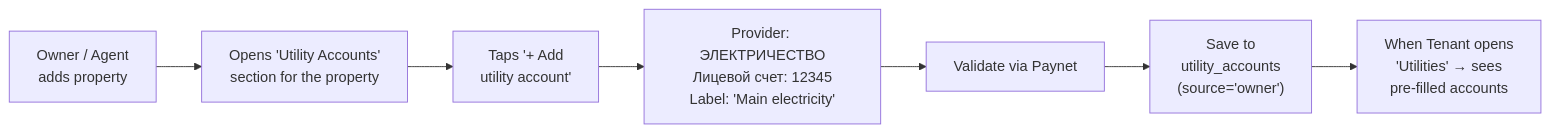
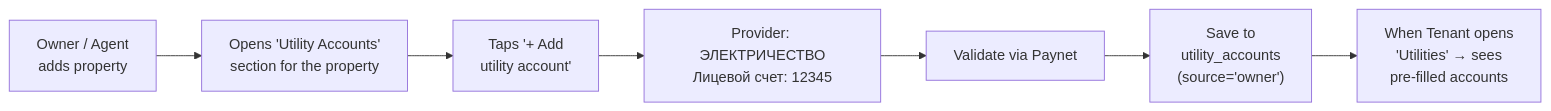
The eighth of 9 diagrams in utilities-payment-userflow.md (saodatm-dev/Utilities---Informational-Architecture), drawn with Mermaid before and after one commit. The commit also changed other lines of this file and 1 other file, not shown here.

Commit message:
refactor: Localize utility names to Uzbek, consolidate feature tiers, remove payment service integration, and refine payment flow details.

````diff
--- a/utilities-payment-userflow.md
+++ b/utilities-payment-userflow.md
@@ -261,12 +261,12 @@
 ```mermaid
 flowchart LR
     OWNER["Owner / Agent<br/>adds property"] --> SECTION["Opens 'Utility Accounts'<br/>section for the property"]
 
     SECTION --> ADD["Taps '+ Add<br/>utility account'"]
-    ADD --> FILL["Provider: ЭЛЕКТРИЧЕСТВО<br/>Лицевой счет: 12345<br/>Label: 'Main electricity'"]
+    ADD --> FILL["Provider: ЭЛЕКТРИЧЕСТВО<br/>Лицевой счет: 12345"]
     FILL --> VALIDATE["Validate via Paynet"]
     VALIDATE --> SAVE["Save to<br/>utility_accounts<br/>(source='owner')"]
 
     SAVE --> TENANT_VIEW["When Tenant opens<br/>'Utilities' → sees<br/>pre-filled accounts"]
 
 ```
````
